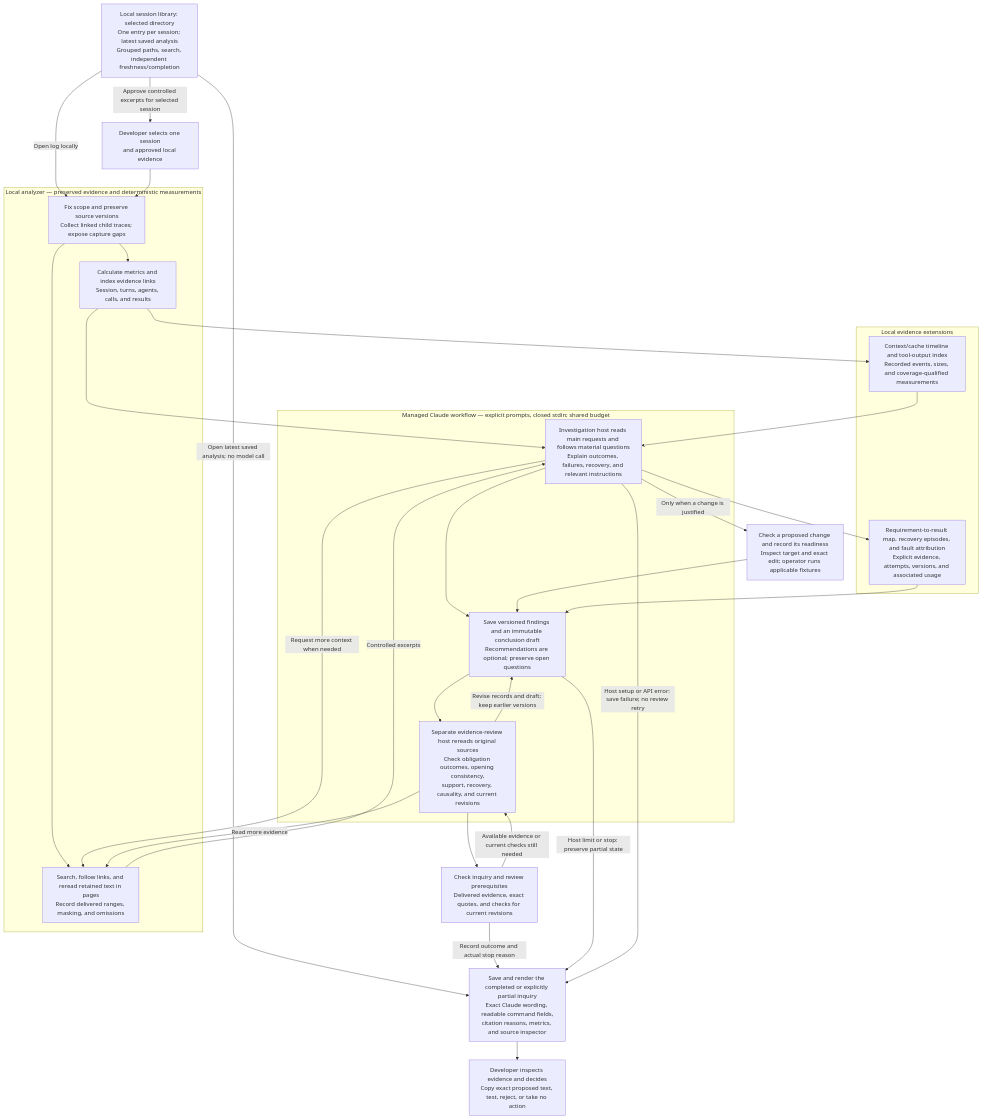
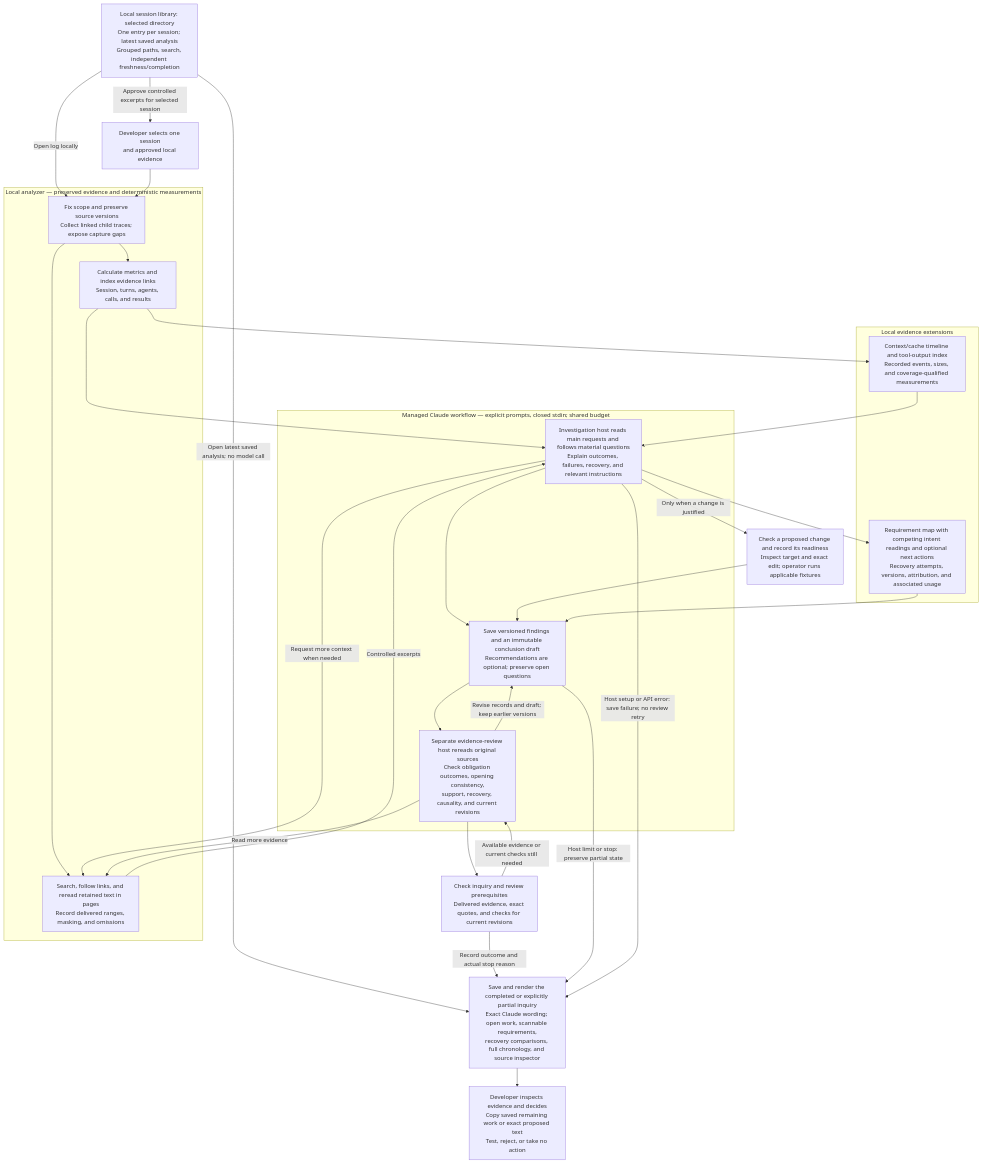
One commit to Dhravidk/session-analyzer changed the diagram in docs/session-analyzer-system.mmd. Above: the diagram before and after it, drawn with Mermaid. The commit also changed 3 other files, not shown here.

Commit message:
docs: specify evidence-focused reading and ambiguous intent handling

```diff
--- a/docs/session-analyzer-system.mmd
+++ b/docs/session-analyzer-system.mmd
@@ -1,51 +1,51 @@
 flowchart TB
     U["Developer selects one session<br/>and approved local evidence"]
 
     subgraph LOCAL["Local analyzer — preserved evidence and deterministic measurements"]
         S["Fix scope and preserve source versions<br/>Collect linked child traces; expose capture gaps"]
         M["Calculate metrics and index evidence links<br/>Session, turns, agents, calls, and results"]
         R["Search, follow links, and reread retained text in pages<br/>Record delivered ranges, masking, and omissions"]
     end
 
     subgraph CLAUDE["Managed Claude workflow — explicit prompts, closed stdin; shared budget"]
         I["Investigation host reads main requests and follows material questions<br/>Explain outcomes, failures, recovery, and relevant instructions"]
         D["Save versioned findings and an immutable conclusion draft<br/>Recommendations are optional; preserve open questions"]
         J["Separate evidence-review host rereads original sources<br/>Check obligation outcomes, opening consistency,<br/>support, recovery, causality, and current revisions"]
     end
 
     subgraph EVIDENCE["Local evidence extensions"]
         X["Context/cache timeline and tool-output index<br/>Recorded events, sizes, and coverage-qualified measurements"]
-        T["Requirement-to-result map, recovery episodes, and fault attribution<br/>Explicit evidence, attempts, versions, and associated usage"]
+        T["Requirement map with competing intent readings and optional next actions<br/>Recovery attempts, versions, attribution, and associated usage"]
     end
 
     V["Check a proposed change and record its readiness<br/>Inspect target and exact edit; operator runs applicable fixtures"]
     C["Check inquiry and review prerequisites<br/>Delivered evidence, exact quotes, and checks for current revisions"]
-    F["Save and render the completed or explicitly partial inquiry<br/>Exact Claude wording, readable command fields,<br/>citation reasons, metrics, and source inspector"]
-    H["Developer inspects evidence and decides<br/>Copy exact proposed text, test, reject, or take no action"]
+    F["Save and render the completed or explicitly partial inquiry<br/>Exact Claude wording; open work, scannable requirements,<br/>recovery comparisons, full chronology, and source inspector"]
+    H["Developer inspects evidence and decides<br/>Copy saved remaining work or exact proposed text<br/>Test, reject, or take no action"]
 
     B["Local session library: selected directory<br/>One entry per session; latest saved analysis<br/>Grouped paths, search, independent freshness/completion"]
     B -->|"Open log locally"| S
     B -->|"Open latest saved analysis; no model call"| F
     B -->|"Approve controlled excerpts for selected session"| U
     U --> S
     S --> M
     S --> R
     M --> I
     R -->|"Controlled excerpts"| I
     I -->|"Request more context when needed"| R
     I --> D
     I -->|"Only when a change is justified"| V
     V --> D
     D --> J
     J -->|"Read more evidence"| R
     J -->|"Revise records and draft; keep earlier versions"| D
     J --> C
     C -->|"Available evidence or current checks still needed"| J
     C -->|"Record outcome and actual stop reason"| F
     D -->|"Host limit or stop: preserve partial state"| F
     I -->|"Host setup or API error: save failure; no review retry"| F
     F --> H
     M --> X
     X --> I
     I --> T
     T --> D
```
